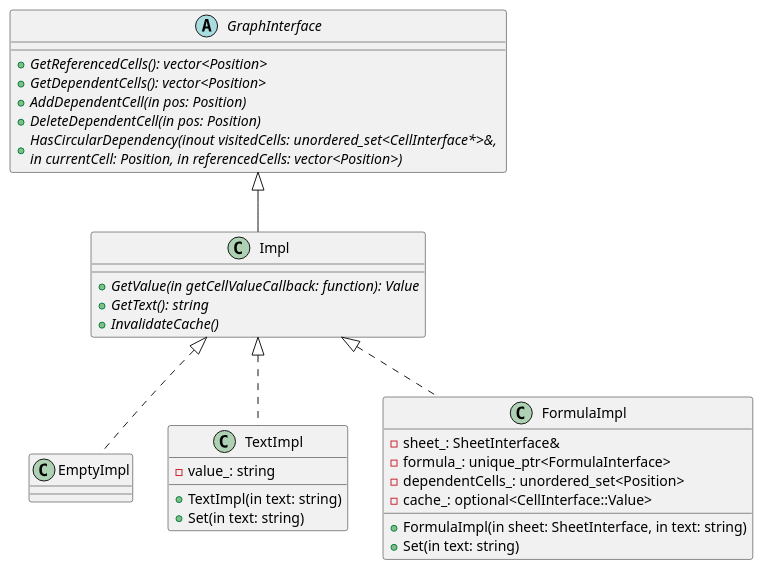
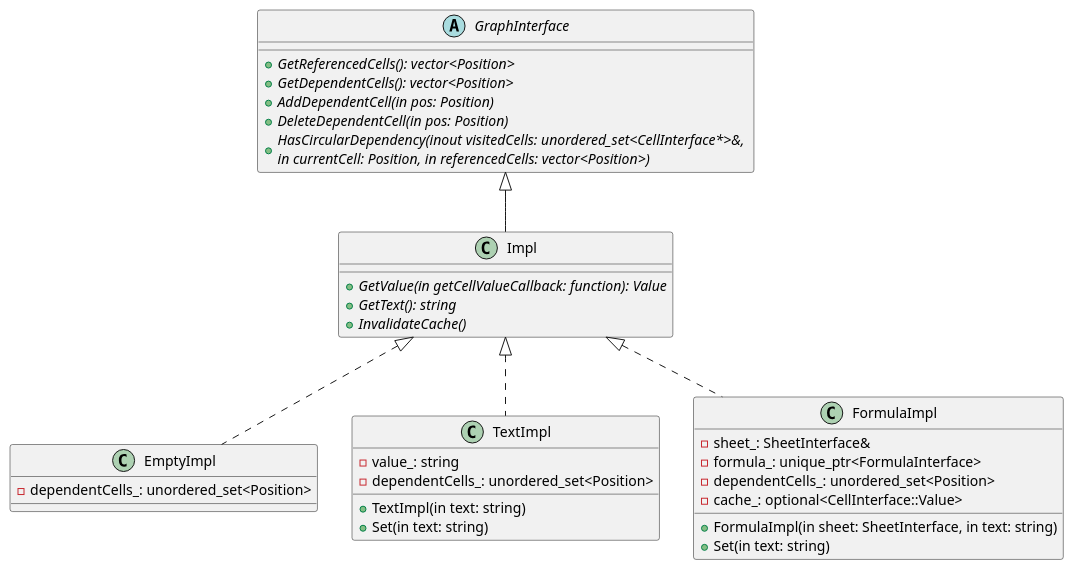
The diagram in uml/cellImpl.puml (kazarynau/YandexPraktikumFinal), drawn with PlantUML before and after one commit. The commit also changed 3 other files, not shown here.

Commit message:
dependentCells

```diff
--- a/uml/cellImpl.puml
+++ b/uml/cellImpl.puml
@@ -2,42 +2,44 @@
 @startuml
 
 abstract class GraphInterface {
     +{abstract} GetReferencedCells(): vector<Position>
     +{abstract} GetDependentCells(): vector<Position>
     +{abstract} AddDependentCell(in pos: Position)
     +{abstract} DeleteDependentCell(in pos: Position)
     +{abstract} HasCircularDependency(inout visitedCells: unordered_set<CellInterface*>&, \nin currentCell: Position, in referencedCells: vector<Position>)
 }
 
 abstract class Impl {
     +{abstract} GetValue(in getCellValueCallback: function): Value
     +{abstract} GetText(): string
     +{abstract} InvalidateCache()
 }
 
 class Impl extends GraphInterface
 
 class EmptyImpl {
+    -dependentCells_: unordered_set<Position>
 }
 
 class TextImpl {
     +TextImpl(in text: string)
     +Set(in text: string)
     -value_: string
+    -dependentCells_: unordered_set<Position>
 }
 
 class FormulaImpl {
     +FormulaImpl(in sheet: SheetInterface, in text: string)
     +Set(in text: string)
 
     -sheet_: SheetInterface&
     -formula_: unique_ptr<FormulaInterface>
     -dependentCells_: unordered_set<Position>
     -cache_: optional<CellInterface::Value>
 }
 
 class EmptyImpl implements Impl
 class TextImpl implements Impl
 class FormulaImpl implements Impl
 
 @enduml
```
